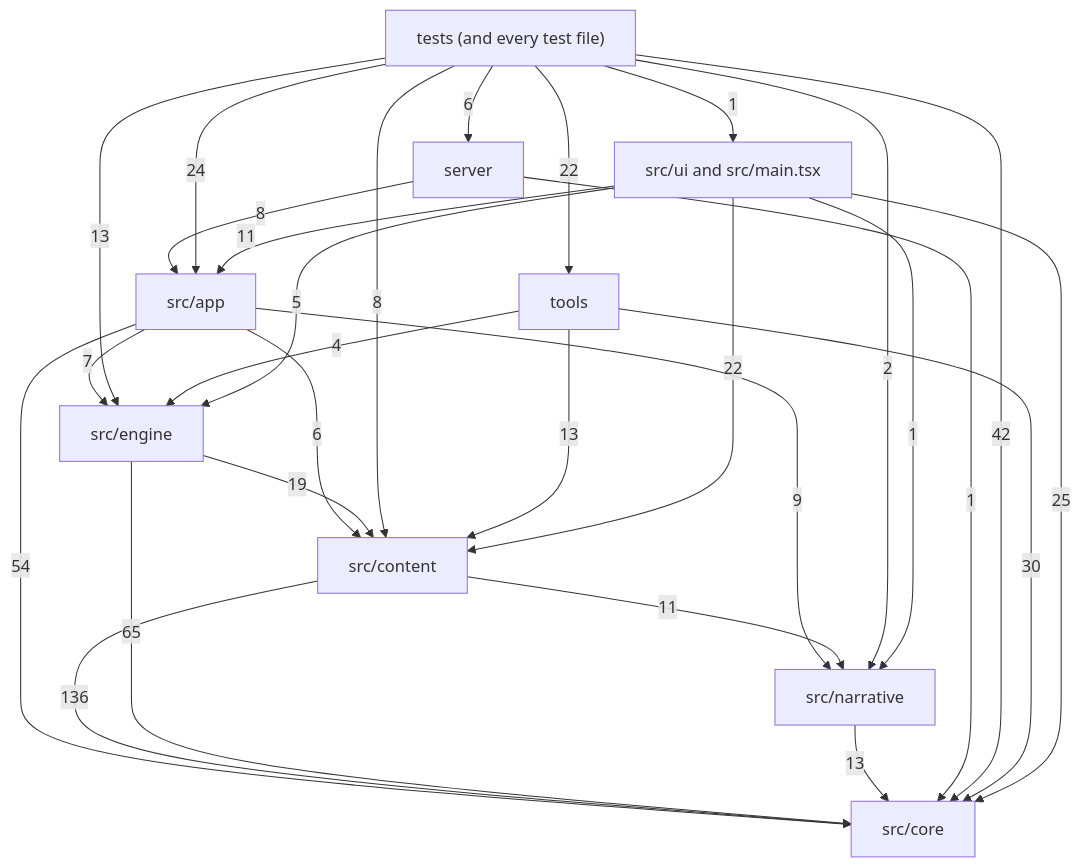
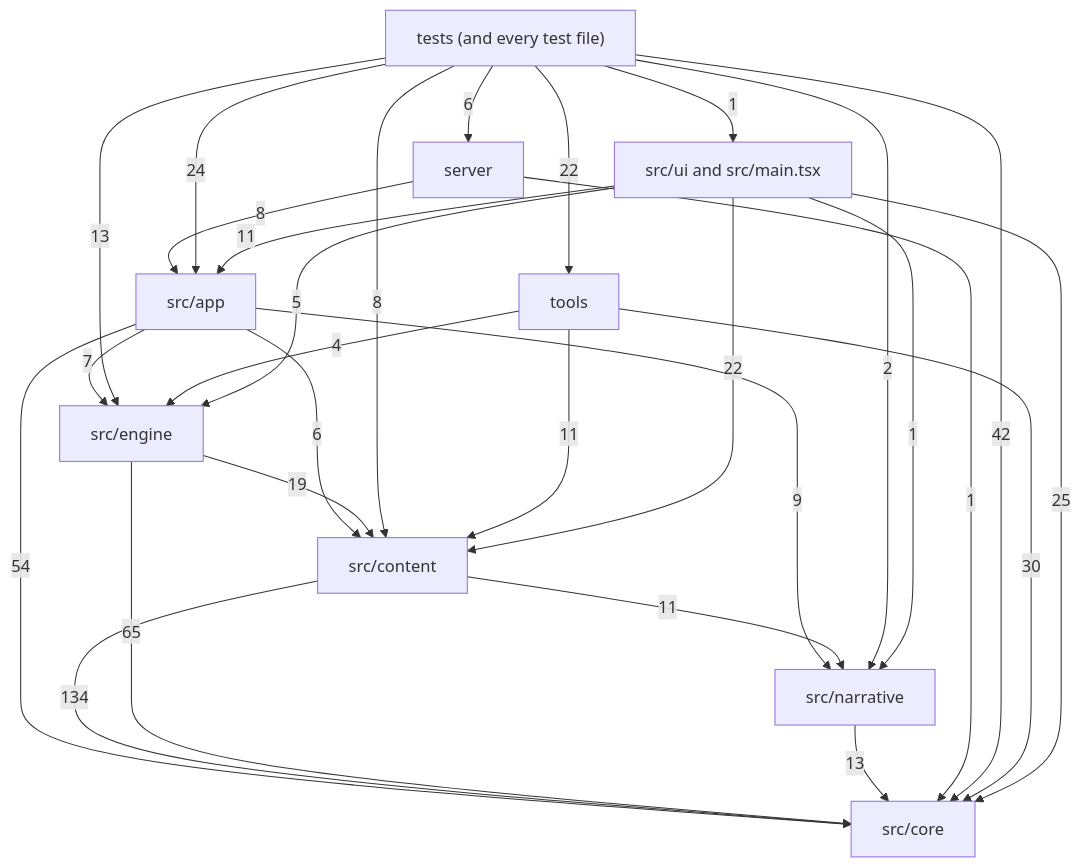
One commit to OrangeB0lt/Cyber-funk changed the diagram in docs/reference/code-map/README.md. Above: the diagram before and after it, drawn with Mermaid. The commit also changed other lines of this file and 14 other files, not shown here.

````diff
--- a/docs/reference/code-map/README.md
+++ b/docs/reference/code-map/README.md
@@ -29,39 +29,39 @@
 ```mermaid
 flowchart TD
   core["src/core"]
   narrative["src/narrative"]
   content["src/content"]
   engine["src/engine"]
   app["src/app"]
   ui["src/ui and src/main.tsx"]
   server["server"]
   tools["tools"]
   tests["tests (and every test file)"]
   app -->|6| content
   app -->|54| core
   app -->|7| engine
   app -->|9| narrative
-  content -->|136| core
+  content -->|134| core
   content -->|11| narrative
   engine -->|19| content
   engine -->|65| core
   narrative -->|13| core
   server -->|8| app
   server -->|1| core
   tests -->|24| app
   tests -->|8| content
   tests -->|42| core
   tests -->|13| engine
   tests -->|2| narrative
   tests -->|6| server
   tests -->|22| tools
   tests -->|1| ui
-  tools -->|13| content
+  tools -->|11| content
   tools -->|30| core
   tools -->|4| engine
   ui -->|11| app
   ui -->|22| content
   ui -->|25| core
   ui -->|5| engine
   ui -->|1| narrative
 ```
````
